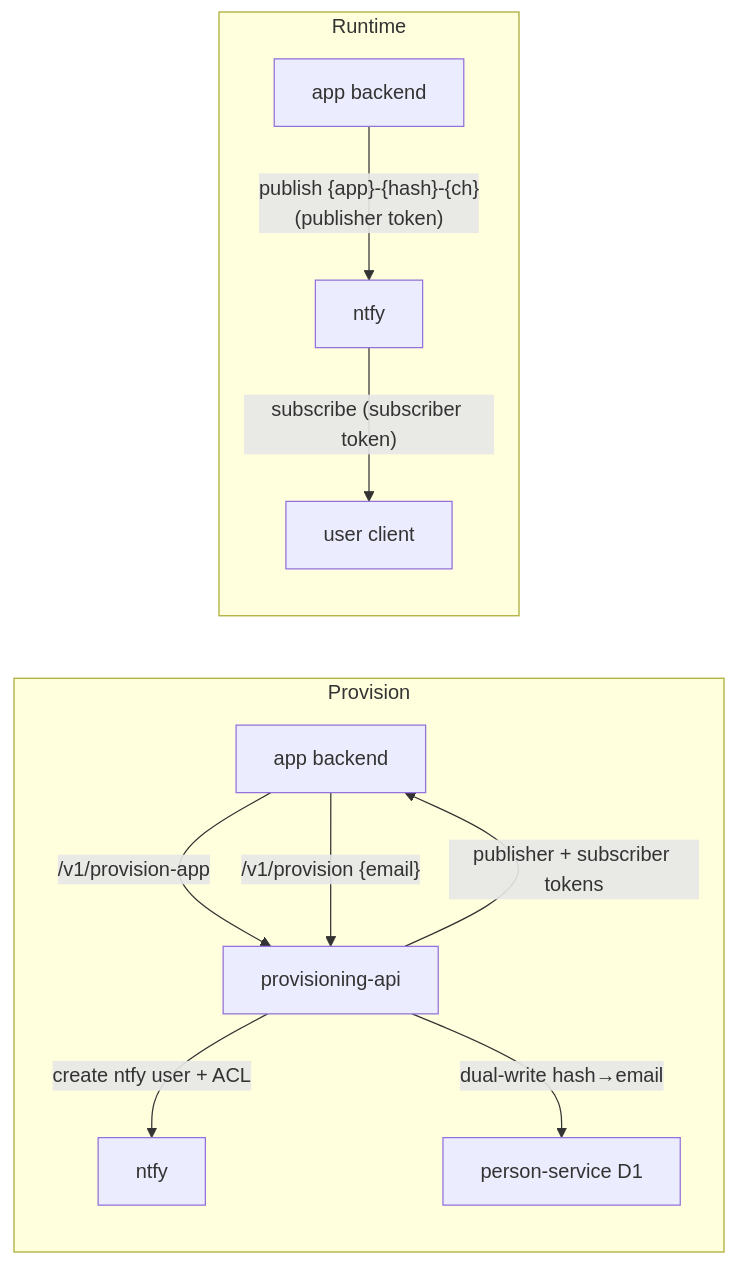
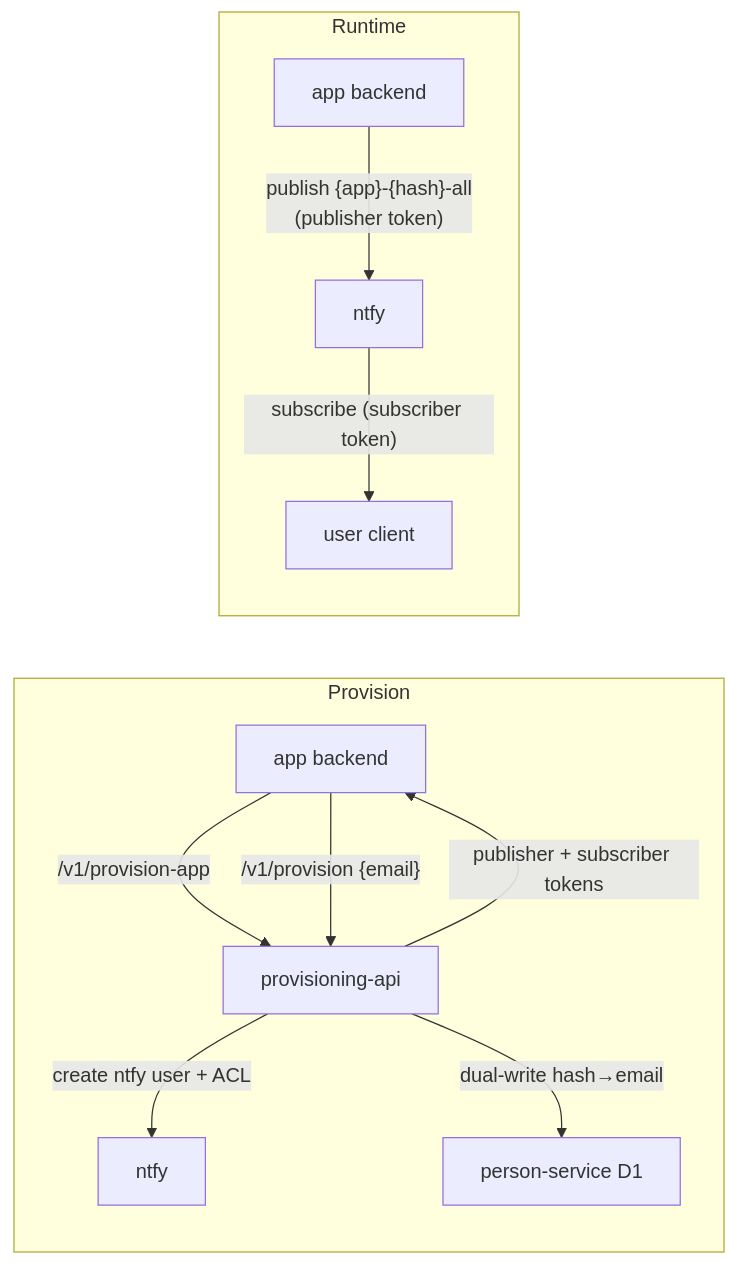
One commit to 4IRL/4irl-notifs changed the third of 4 diagrams in ARCHITECTURE.md. Above: the diagram before and after it, drawn with Mermaid. The commit also changed other lines of this file and 25 other files, not shown here.

First line of the commit message:
[backend] Notification titles and one standard channel (all) (#38)

````diff
--- a/ARCHITECTURE.md
+++ b/ARCHITECTURE.md
@@ -195,14 +196,14 @@
 ```mermaid
 graph LR
   subgraph Provision
     APP1["app backend"] -->|"/v1/provision-app"| P["provisioning-api"]
     APP1 -->|"/v1/provision {email}"| P
     P -->|create ntfy user + ACL| NTFY["ntfy"]
     P -->|"dual-write hash→email"| D1["person-service D1"]
     P -->|publisher + subscriber tokens| APP1
   end
   subgraph Runtime
-    APP2["app backend"] -->|"publish {app}-{hash}-{ch}<br/>(publisher token)"| NTFY2["ntfy"]
+    APP2["app backend"] -->|"publish {app}-{hash}-all<br/>(publisher token)"| NTFY2["ntfy"]
     NTFY2 -->|"subscribe (subscriber token)"| USER["user client"]
   end
 ```
````
